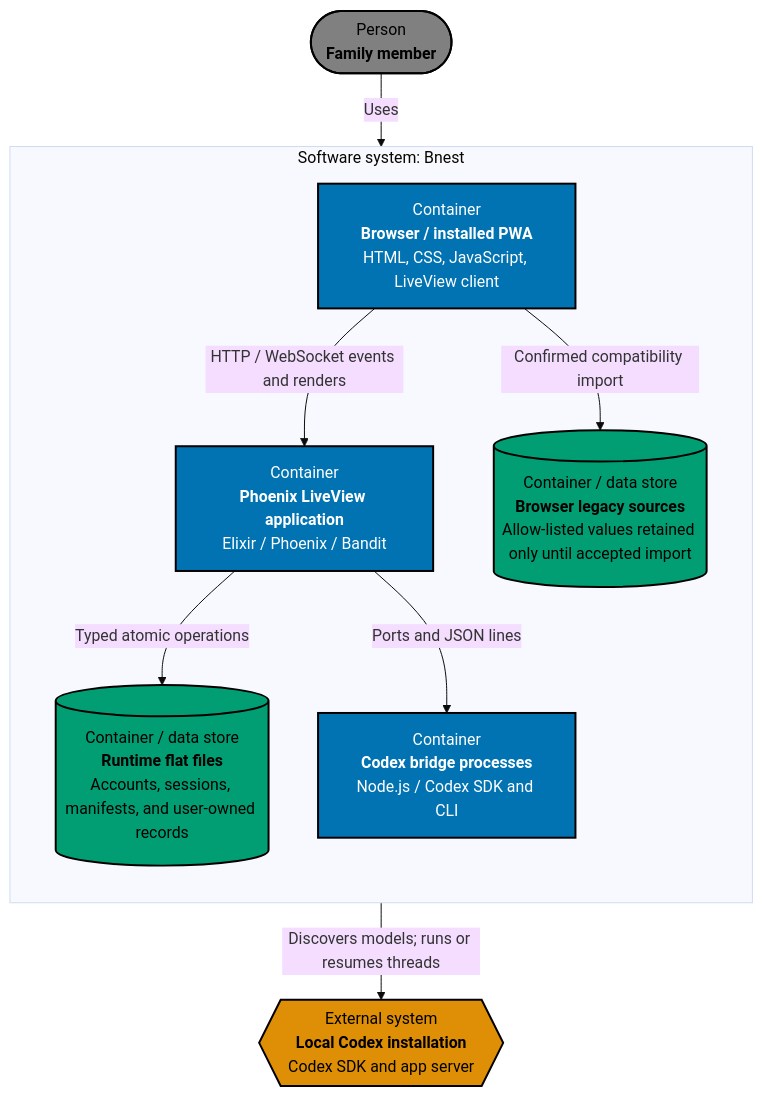
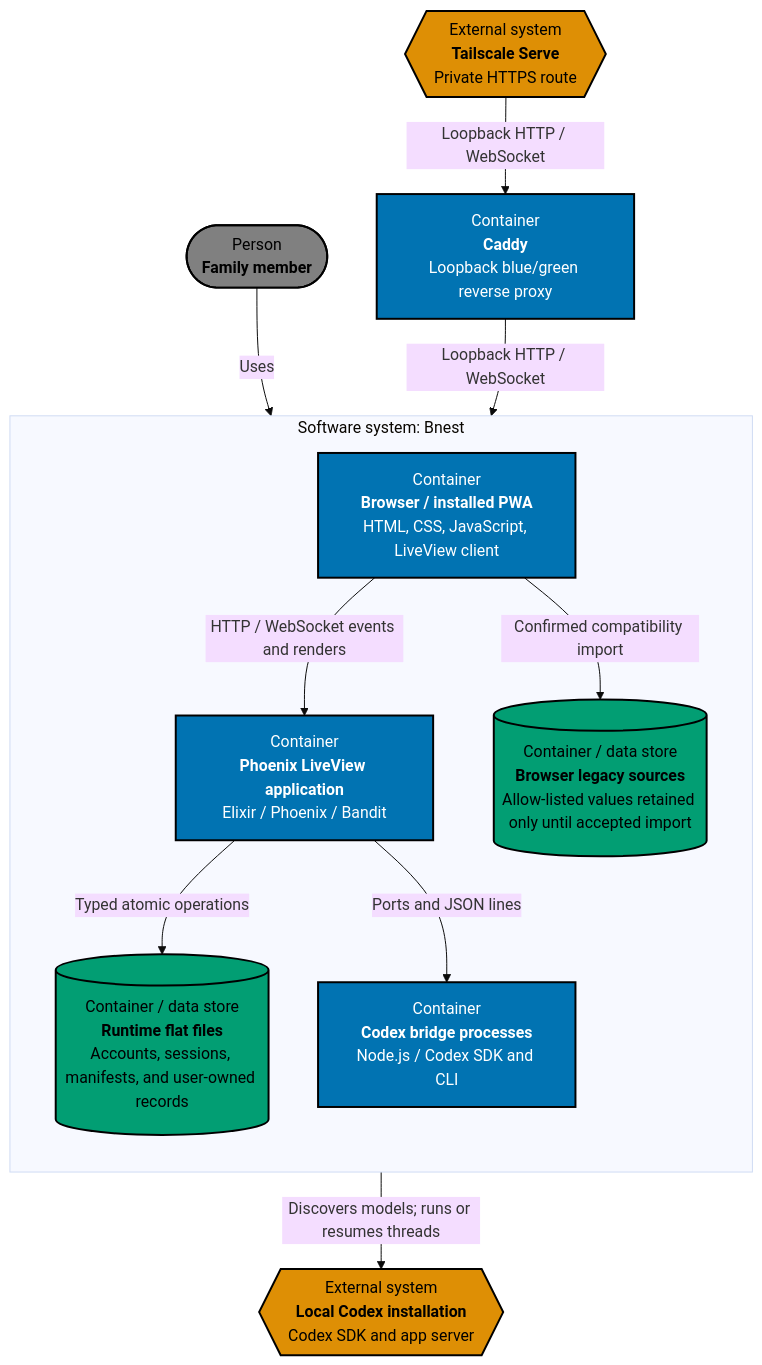
One commit to wahidyankf/beaver-nest changed the second of 3 diagrams in specs/apps/bnest/app/architecture.md. Above: the diagram before and after it, drawn with Mermaid (base theme). The commit also changed other lines of this file and 27 other files, not shown here.

````diff
--- a/specs/apps/bnest/app/architecture.md
+++ b/specs/apps/bnest/app/architecture.md
@@ -32,32 +35,37 @@
 ```mermaid
 %% Accessible palette: blue #0173B2, orange #DE8F05, teal #029E73, gray #808080
 flowchart TB
     visitor(["Person<br/><b>Family member</b>"])
+    tailscale{{"External system<br/><b>Tailscale Serve</b><br/>Private HTTPS route"}}
+    caddy["Container<br/><b>Caddy</b><br/>Loopback blue/green reverse proxy"]
     codex{{"External system<br/><b>Local Codex installation</b><br/>Codex SDK and app server"}}
 
     subgraph bnest["Software system: Bnest"]
         direction TB
         browser["Container<br/><b>Browser / installed PWA</b><br/>HTML, CSS, JavaScript, LiveView client"]
         legacy[("Container / data store<br/><b>Browser legacy sources</b><br/>Allow-listed values retained only until accepted import")]
         phoenix["Container<br/><b>Phoenix LiveView application</b><br/>Elixir / Phoenix / Bandit"]
         runtime[("Container / data store<br/><b>Runtime flat files</b><br/>Accounts, sessions, manifests, and user-owned records")]
         bridge["Container<br/><b>Codex bridge processes</b><br/>Node.js / Codex SDK and CLI"]
 
         browser -->|HTTP / WebSocket events and renders| phoenix
         browser -->|Confirmed compatibility import| legacy
         phoenix -->|Typed atomic operations| runtime
         phoenix -->|Ports and JSON lines| bridge
     end
 
     visitor -->|Uses| browser
+    tailscale -->|Loopback HTTP / WebSocket| caddy
+    caddy -->|Loopback HTTP / WebSocket| phoenix
     bridge -->|Discovers models; runs or resumes threads| codex
 
     classDef person fill:#808080,stroke:#000000,color:#000000,stroke-width:2px
     classDef container fill:#0173B2,stroke:#000000,color:#FFFFFF,stroke-width:2px
     classDef data fill:#029E73,stroke:#000000,color:#000000,stroke-width:2px
     classDef external fill:#DE8F05,stroke:#000000,color:#000000,stroke-width:2px
     class visitor person
     class browser,phoenix,bridge container
     class legacy,runtime data
-    class codex external
+    class tailscale,codex external
+    class caddy container
 ```
````
